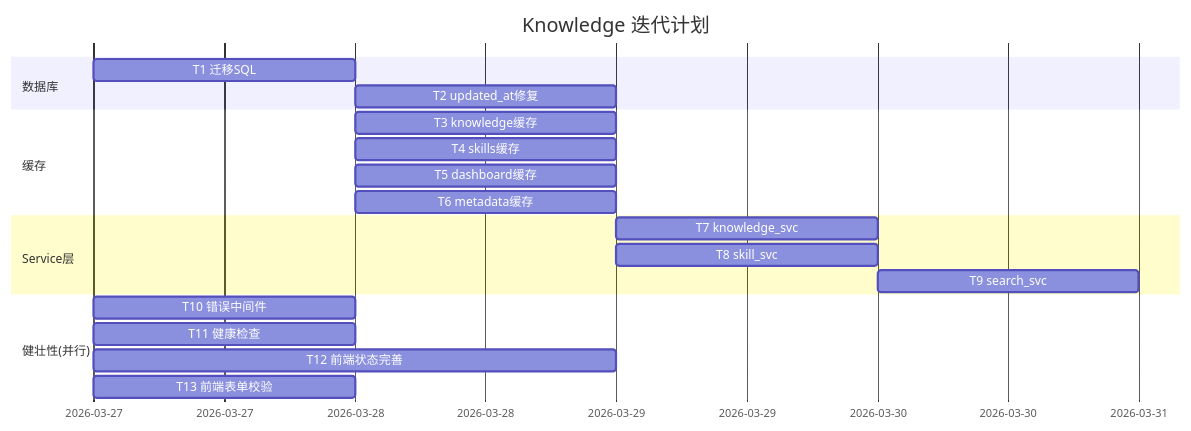
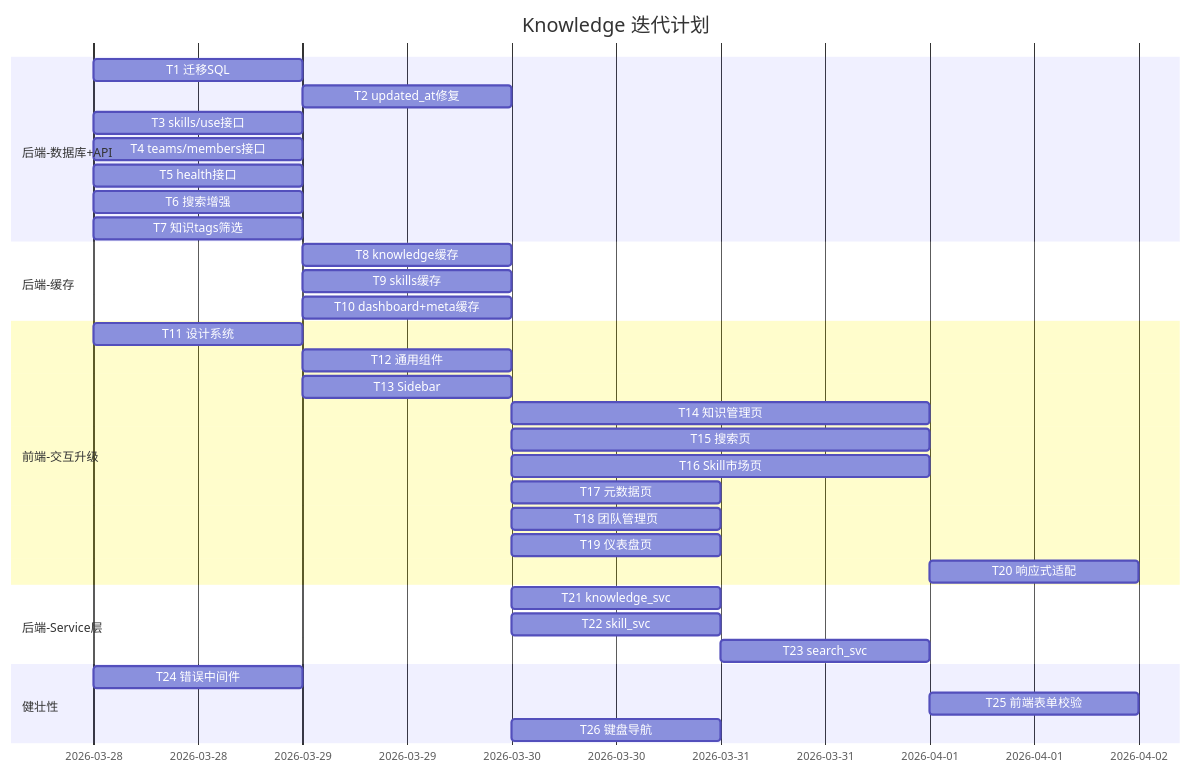
One commit to leo88188/openclaw-agent changed the diagram in .kiro/specs/knowledge/execution-plan.md. Above: the diagram before and after it, drawn with Mermaid. The commit also changed other lines of this file and 11 other files, not shown here.

Commit message:
🤖 [architect-agent] auto-commit @ 2026-03-28 11:11:05

````diff
--- a/.kiro/specs/knowledge/execution-plan.md
+++ b/.kiro/specs/knowledge/execution-plan.md
@@ -62,22 +83,36 @@
 ```mermaid
 gantt
     title Knowledge 迭代计划
     dateFormat  YYYY-MM-DD
-    section 数据库
-    T1 迁移SQL           :t1, 2026-03-27, 1d
+    section 后端-数据库+API
+    T1 迁移SQL           :t1, 2026-03-28, 1d
     T2 updated_at修复     :t2, after t1, 1d
-    section 缓存
-    T3 knowledge缓存      :t3, after t1, 1d
-    T4 skills缓存         :t4, after t1, 1d
-    T5 dashboard缓存      :t5, after t1, 1d
-    T6 metadata缓存       :t6, after t1, 1d
-    section Service层
-    T7 knowledge_svc      :t7, after t3, 1d
-    T8 skill_svc          :t8, after t4, 1d
-    T9 search_svc         :t9, after t7, 1d
-    section 健壮性(并行)
-    T10 错误中间件        :t10, 2026-03-27, 1d
-    T11 健康检查          :t11, 2026-03-27, 1d
-    T12 前端状态完善      :t12, 2026-03-27, 2d
-    T13 前端表单校验      :t13, 2026-03-27, 1d
+    T3 skills/use接口     :t3, 2026-03-28, 1d
+    T4 teams/members接口  :t4, 2026-03-28, 1d
+    T5 health接口         :t5, 2026-03-28, 1d
+    T6 搜索增强           :t6, 2026-03-28, 1d
+    T7 知识tags筛选       :t7, 2026-03-28, 1d
+    section 后端-缓存
+    T8 knowledge缓存      :t8, after t1, 1d
+    T9 skills缓存         :t9, after t1, 1d
+    T10 dashboard+meta缓存:t10, after t1, 1d
+    section 前端-交互升级
+    T11 设计系统          :t11, 2026-03-28, 1d
+    T12 通用组件          :t12, after t11, 1d
+    T13 Sidebar           :t13, after t11, 1d
+    T14 知识管理页        :t14, after t12, 2d
+    T15 搜索页            :t15, after t12, 2d
+    T16 Skill市场页       :t16, after t12, 2d
+    T17 元数据页          :t17, after t12, 1d
+    T18 团队管理页        :t18, after t12, 1d
+    T19 仪表盘页          :t19, after t12, 1d
+    T20 响应式适配        :t20, after t14, 1d
+    section 后端-Service层
+    T21 knowledge_svc     :t21, after t8, 1d
+    T22 skill_svc         :t22, after t9, 1d
+    T23 search_svc        :t23, after t21, 1d
+    section 健壮性
+    T24 错误中间件        :t24, 2026-03-28, 1d
+    T25 前端表单校验      :t25, after t14, 1d
+    T26 键盘导航          :t26, after t12, 1d
 ```
````
